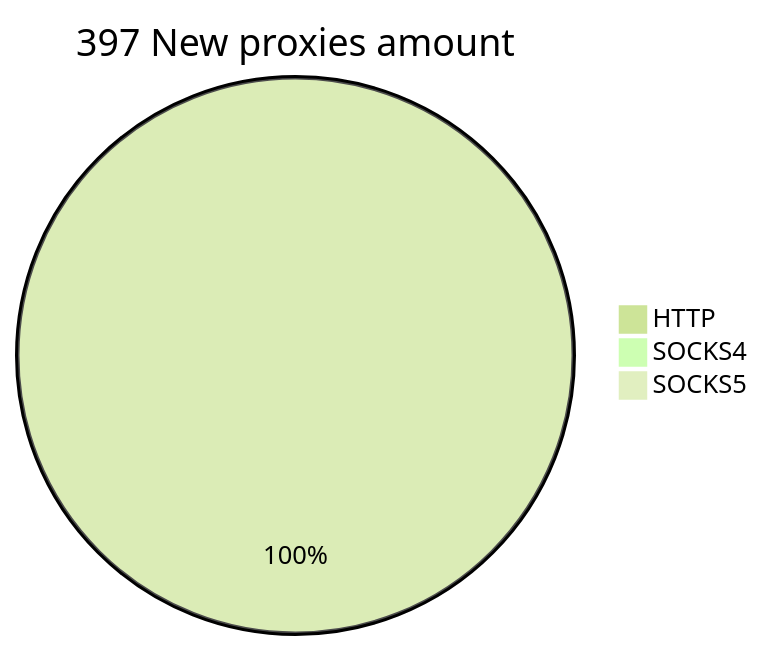
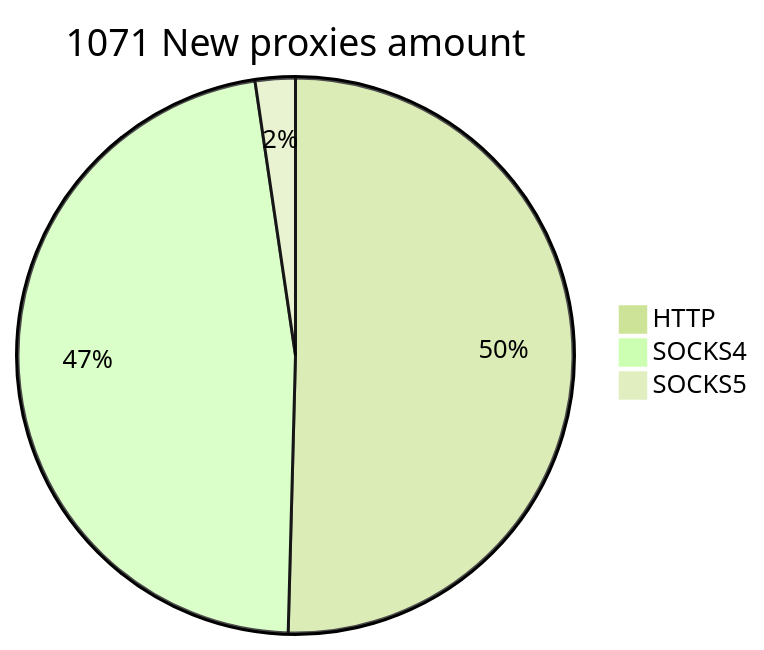
The second of 2 diagrams in README.md (cutipu/proxylist), drawn with Mermaid (forest theme) before and after one commit. The commit also changed other lines of this file, not shown here.

````diff
--- a/README.md
+++ b/README.md
@@ -10,6 +10,6 @@
 ```mermaid
-pie title 397 New proxies amount
-    "HTTP" : 398
-    "SOCKS4" : 0
-    "SOCKS5" : 0
+pie title 1071 New proxies amount
+    "HTTP" : 540
+    "SOCKS4" : 506
+    "SOCKS5" : 25
 ```
````
